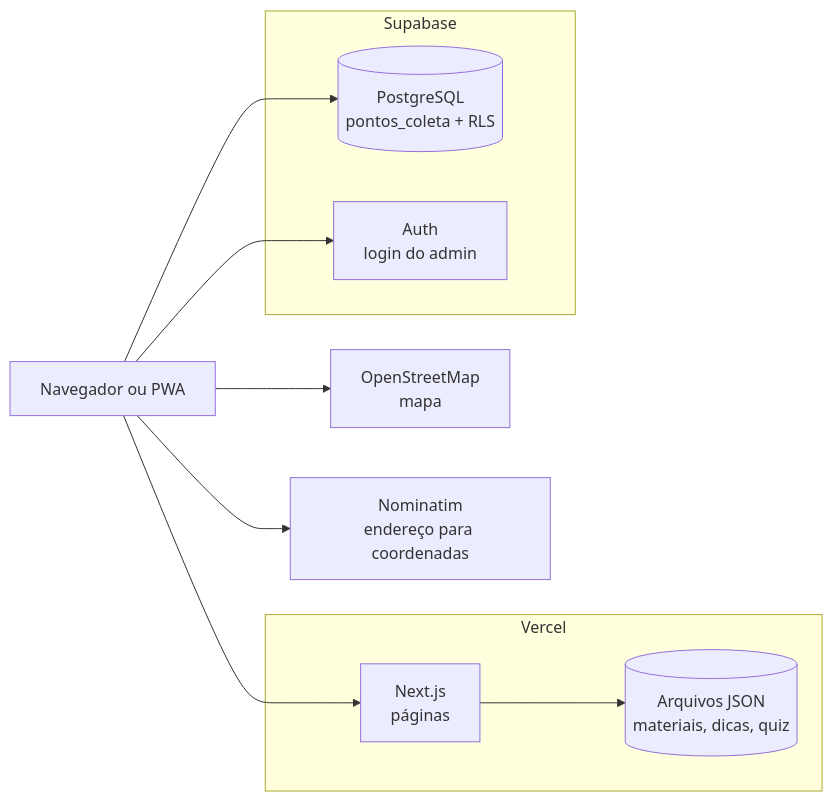
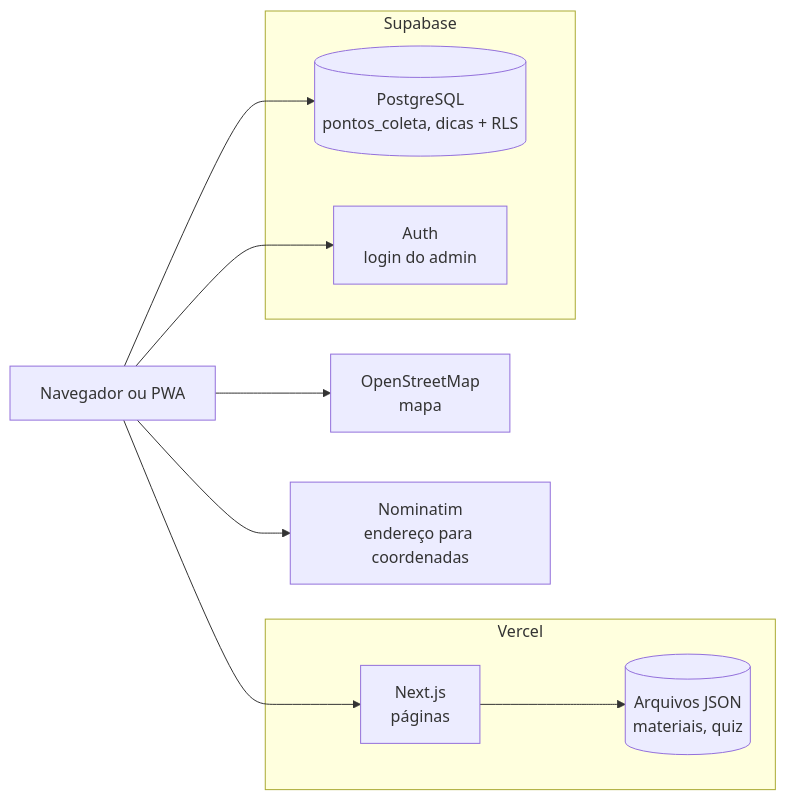
One commit to byLuanaRosa/descarte-certo changed the second of 5 diagrams in docs/projeto/diagramas.md. Above: the diagram before and after it, drawn with Mermaid. The commit also changed other lines of this file and 18 other files, not shown here.

````diff
--- a/docs/projeto/diagramas.md
+++ b/docs/projeto/diagramas.md
@@ -29,24 +29,24 @@
 ```mermaid
 flowchart LR
     user[Navegador ou PWA]
 
     subgraph Vercel
         next[Next.js<br/>páginas]
-        json[(Arquivos JSON<br/>materiais, dicas, quiz)]
+        json[(Arquivos JSON<br/>materiais, quiz)]
     end
 
     subgraph Supabase
-        db[(PostgreSQL<br/>pontos_coleta + RLS)]
+        db[(PostgreSQL<br/>pontos_coleta, dicas + RLS)]
         auth[Auth<br/>login do admin]
     end
 
     osm[OpenStreetMap<br/>mapa]
     geo[Nominatim<br/>endereço para coordenadas]
 
     user --> next
     next --> json
     user --> db
     user --> auth
     user --> osm
     user --> geo
 ```
````
